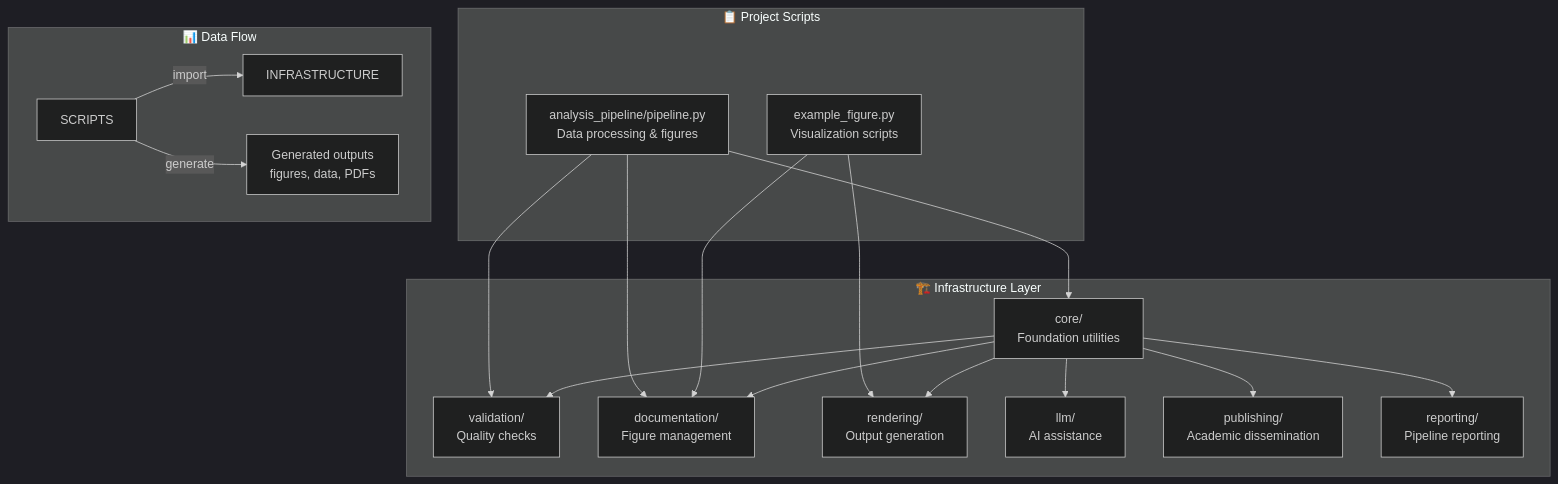
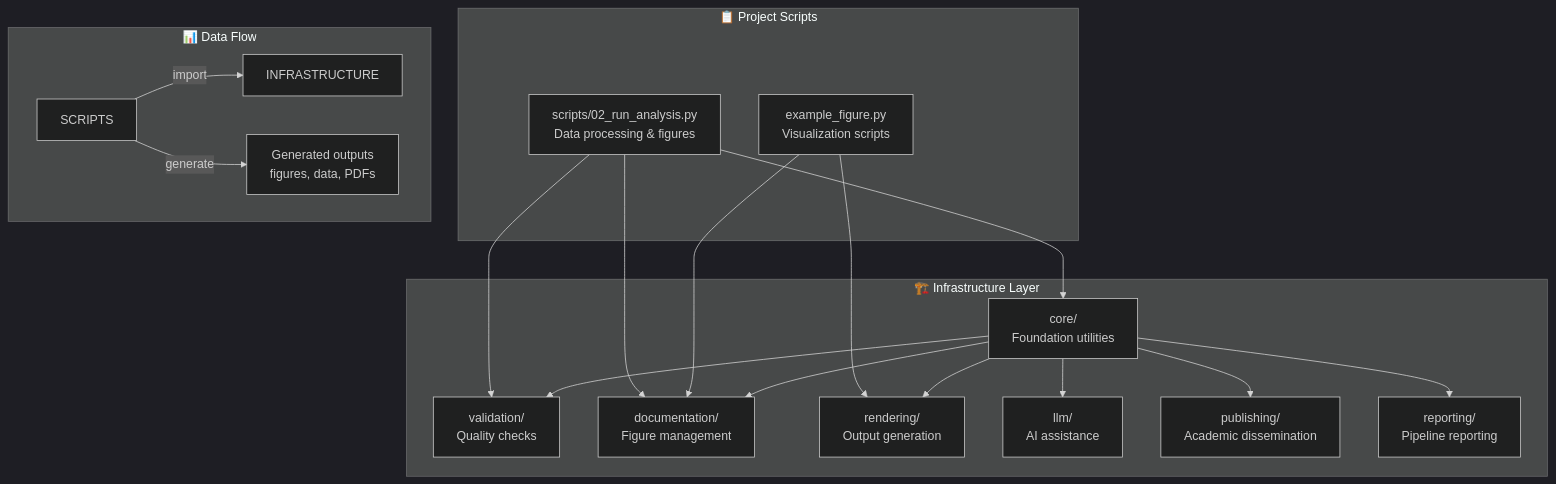
Before and after one commit to docxology/template: the second of 5 diagrams in infrastructure/README.md, drawn with Mermaid (dark theme). The commit also changed other lines of this file and 1035 other files, not shown here.

````diff
--- a/infrastructure/README.md
+++ b/infrastructure/README.md
@@ -83,40 +83,40 @@
 ```mermaid
 flowchart TD
     subgraph "📋 Project Scripts"
-        ANALYSIS[analysis_pipeline/pipeline.py<br/>Data processing & figures]
+        ANALYSIS[scripts/02_run_analysis.py<br/>Data processing & figures]
         FIGURES[example_figure.py<br/>Visualization scripts]
     end
 
     subgraph "🏗️ Infrastructure Layer"
         CORE_MOD[core/<br/>Foundation utilities]
         VALIDATION_MOD[validation/<br/>Quality checks]
         DOCUMENTATION_MOD[documentation/<br/>Figure management]
         RENDERING_MOD[rendering/<br/>Output generation]
         LLM_MOD[llm/<br/>AI assistance]
         PUBLISHING_MOD[publishing/<br/>Academic dissemination]
         REPORTING_MOD[reporting/<br/>Pipeline reporting]
     end
 
     subgraph "📊 Data Flow"
         SCRIPTS -->|import| INFRASTRUCTURE
         SCRIPTS -->|generate| OUTPUTS[Generated outputs<br/>figures, data, PDFs]
     end
 
     ANALYSIS --> CORE_MOD
     ANALYSIS --> DOCUMENTATION_MOD
     ANALYSIS --> VALIDATION_MOD
 
     FIGURES --> DOCUMENTATION_MOD
     FIGURES --> RENDERING_MOD
 
     CORE_MOD --> VALIDATION_MOD
     CORE_MOD --> DOCUMENTATION_MOD
     CORE_MOD --> RENDERING_MOD
     CORE_MOD --> LLM_MOD
     CORE_MOD --> PUBLISHING_MOD
     CORE_MOD --> REPORTING_MOD
 
     class ANALYSIS,FIGURES scripts
     class CORE_MOD,VALIDATION_MOD,DOCUMENTATION_MOD,RENDERING_MOD,LLM_MOD,PUBLISHING_MOD,REPORTING_MOD infra
     class OUTPUTS output
 ```
````
